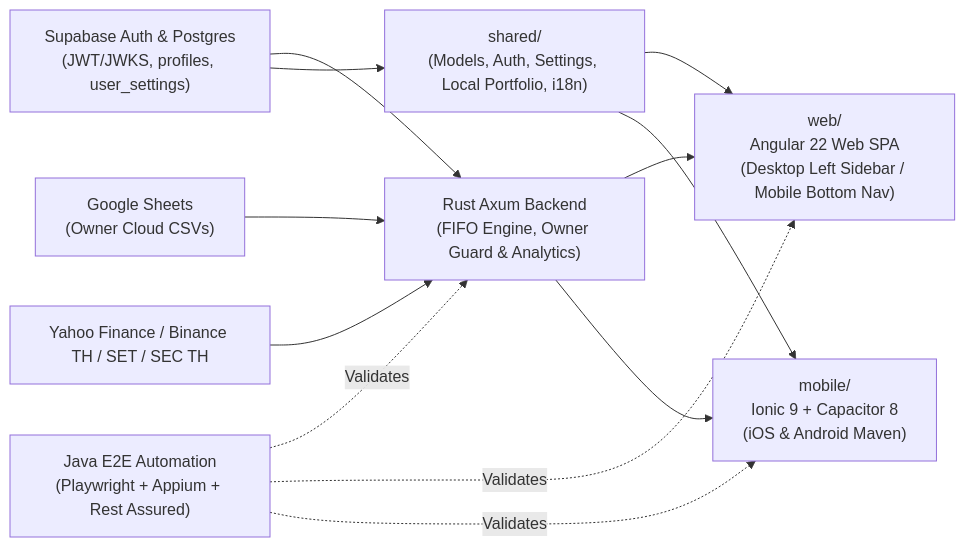
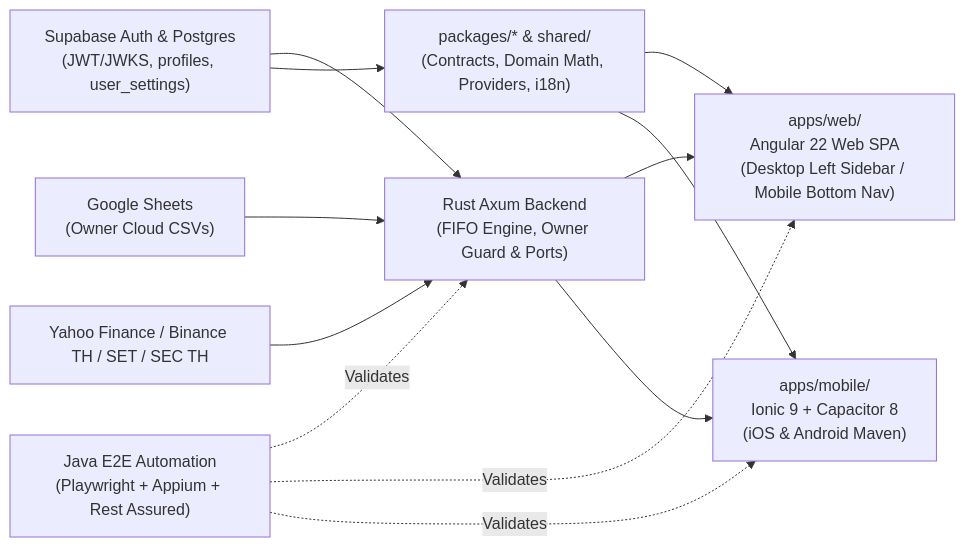
The diagram in README.md (vipatpolk/SGSK-Wealth), drawn with Mermaid before and after one commit. The commit also changed other lines of this file and 447 other files, not shown here.

````diff
--- a/README.md
+++ b/README.md
@@ -42,14 +44,14 @@
 ```mermaid
 flowchart LR
-    DataSources["Google Sheets\n(Owner Cloud CSVs)"] --> Backend["Rust Axum Backend\n(FIFO Engine, Owner Guard & Analytics)"]
+    DataSources["Google Sheets\n(Owner Cloud CSVs)"] --> Backend["Rust Axum Backend\n(FIFO Engine, Owner Guard & Ports)"]
     Supabase["Supabase Auth & Postgres\n(JWT/JWKS, profiles, user_settings)"] --> Backend
-    Supabase --> Shared["shared/\n(Models, Auth, Settings, Local Portfolio, i18n)"]
+    Supabase --> Shared["packages/* & shared/\n(Contracts, Domain Math, Providers, i18n)"]
     MarketData["Yahoo Finance / Binance TH / SET / SEC TH"] --> Backend
-    Shared --> Web["web/\nAngular 22 Web SPA\n(Desktop Left Sidebar / Mobile Bottom Nav)"]
-    Shared --> Mobile["mobile/\nIonic 9 + Capacitor 8\n(iOS & Android Maven)"]
+    Shared --> Web["apps/web/\nAngular 22 Web SPA\n(Desktop Left Sidebar / Mobile Bottom Nav)"]
+    Shared --> Mobile["apps/mobile/\nIonic 9 + Capacitor 8\n(iOS & Android Maven)"]
     Backend --> Web
     Backend --> Mobile
     E2E["Java E2E Automation\n(Playwright + Appium + Rest Assured)"] -. Validates .-> Backend
     E2E -. Validates .-> Web
     E2E -. Validates .-> Mobile
 ```
````
